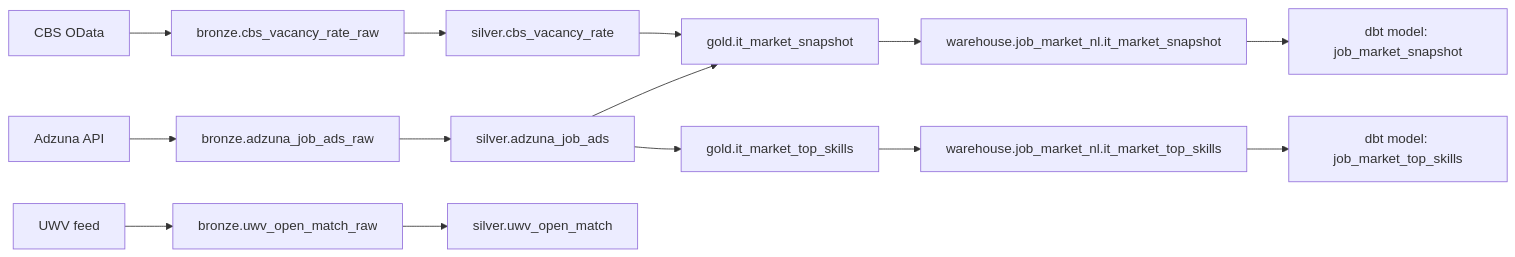
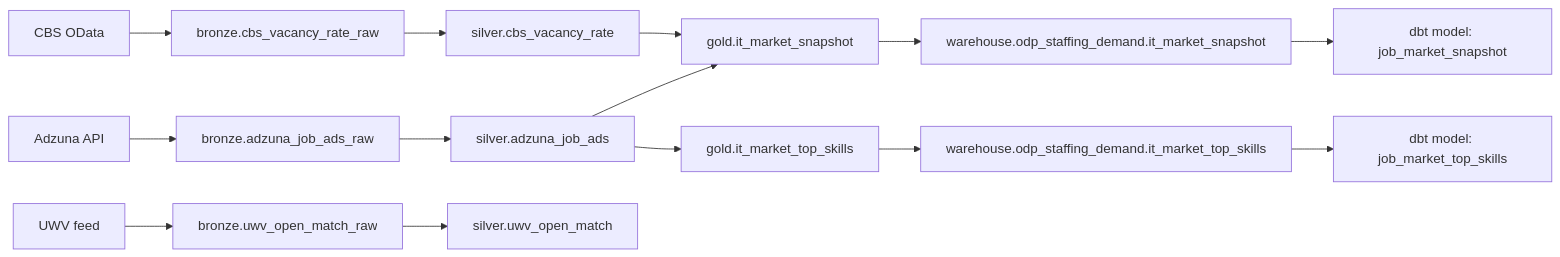
One commit to fresh-minds/FreshDataPlatform changed the diagram in site/src/content/docs/data-model.md. Above: the diagram before and after it, drawn with Mermaid. The commit also changed other lines of this file and 187 other files, not shown here.

````diff
--- a/site/src/content/docs/data-model.md
+++ b/site/src/content/docs/data-model.md
@@ -111,20 +111,20 @@
 ```mermaid
 flowchart LR
   CBS["CBS OData"] --> B1["bronze.cbs_vacancy_rate_raw"]
   Adzuna["Adzuna API"] --> B2["bronze.adzuna_job_ads_raw"]
   UWV["UWV feed"] --> B3["bronze.uwv_open_match_raw"]
 
   B1 --> S1["silver.cbs_vacancy_rate"]
   B2 --> S2["silver.adzuna_job_ads"]
   B3 --> S3["silver.uwv_open_match"]
 
   S1 --> G1["gold.it_market_snapshot"]
   S2 --> G1
   S2 --> G2["gold.it_market_top_skills"]
 
-  G1 --> W1["warehouse.job_market_nl.it_market_snapshot"]
-  G2 --> W2["warehouse.job_market_nl.it_market_top_skills"]
+  G1 --> W1["warehouse.odp_staffing_demand.it_market_snapshot"]
+  G2 --> W2["warehouse.odp_staffing_demand.it_market_top_skills"]
 
   W1 --> D1["dbt model: job_market_snapshot"]
   W2 --> D2["dbt model: job_market_top_skills"]
 ```
````
